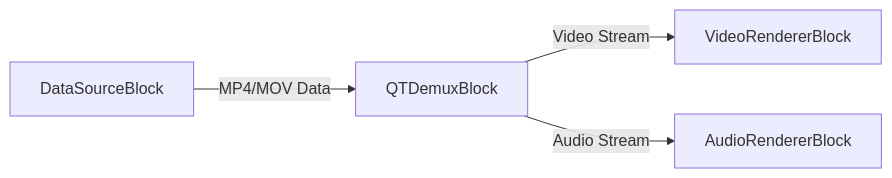
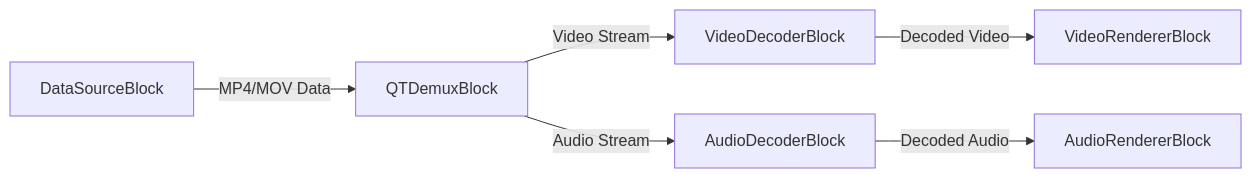
Before and after one commit to visioforge/help: the second of 4 diagrams in dotnet/mediablocks/Demuxers/index.md, drawn with Mermaid. The commit also changed other lines of this file and 194 other files, not shown here.

````diff
--- a/dotnet/mediablocks/Demuxers/index.md
+++ b/dotnet/mediablocks/Demuxers/index.md
@@ -149,6 +159,8 @@
 ```mermaid
 graph LR;
     DataSourceBlock -- MP4/MOV Data --> QTDemuxBlock;
-    QTDemuxBlock -- Video Stream --> VideoRendererBlock;
-    QTDemuxBlock -- Audio Stream --> AudioRendererBlock;
+    QTDemuxBlock -- Video Stream --> VideoDecoderBlock;
+    VideoDecoderBlock -- Decoded Video --> VideoRendererBlock;
+    QTDemuxBlock -- Audio Stream --> AudioDecoderBlock;
+    AudioDecoderBlock -- Decoded Audio --> AudioRendererBlock;
 ```
````
